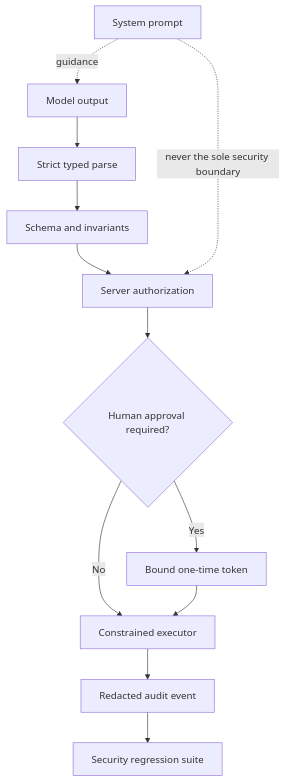
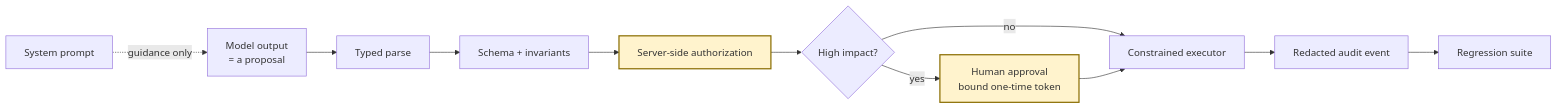
The first of 14 diagrams in README.md (sandys/ai-security-talk), drawn with Mermaid before and after one commit. The commit also changed other lines of this file, not shown here.

Commit message:
README: rewrite as talk track with per-section on-screen Mermaid diagrams

````diff
--- a/README.md
+++ b/README.md
@@ -69,15 +23,15 @@
 ```mermaid
-flowchart TD
-    LLM[Model output] --> PARSE[Strict typed parse]
-    PARSE --> VALIDATE[Schema and invariants]
-    VALIDATE --> POLICY[Server authorization]
-    POLICY --> APPROVAL{Human approval required?}
-    APPROVAL -- Yes --> TOKEN[Bound one-time token]
-    APPROVAL -- No --> EXEC[Constrained executor]
+flowchart LR
+    LLM[Model output<br/>= a proposal] --> PARSE[Typed parse]
+    PARSE --> VALIDATE[Schema + invariants]
+    VALIDATE --> POLICY[Server-side authorization]
+    POLICY --> APPROVAL{High impact?}
+    APPROVAL -- yes --> TOKEN[Human approval<br/>bound one-time token]
+    APPROVAL -- no --> EXEC[Constrained executor]
     TOKEN --> EXEC
     EXEC --> AUDIT[Redacted audit event]
-    AUDIT --> EVAL[Security regression suite]
-
-    PROMPT[System prompt] -. guidance .-> LLM
-    PROMPT -. never the sole security boundary .-> POLICY
+    AUDIT --> EVAL[Regression suite]
+    PROMPT[System prompt] -. guidance only .-> LLM
+    classDef auth fill:#fff3cd,stroke:#8a6d00,stroke-width:2px;
+    class POLICY,TOKEN auth
 ```
````
